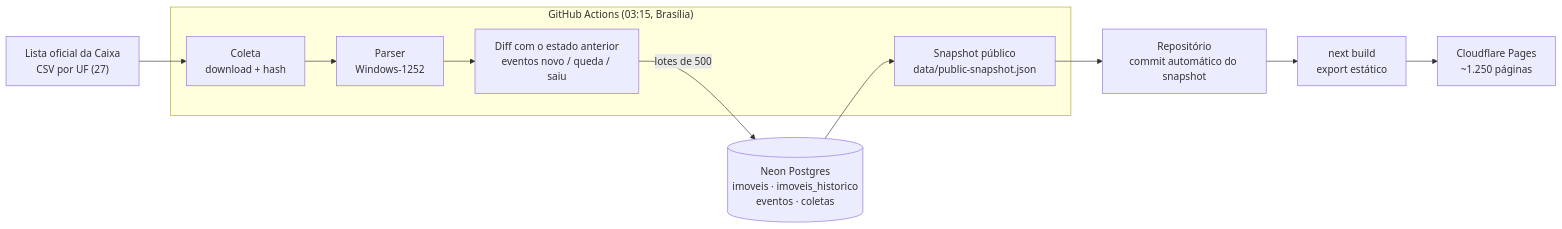
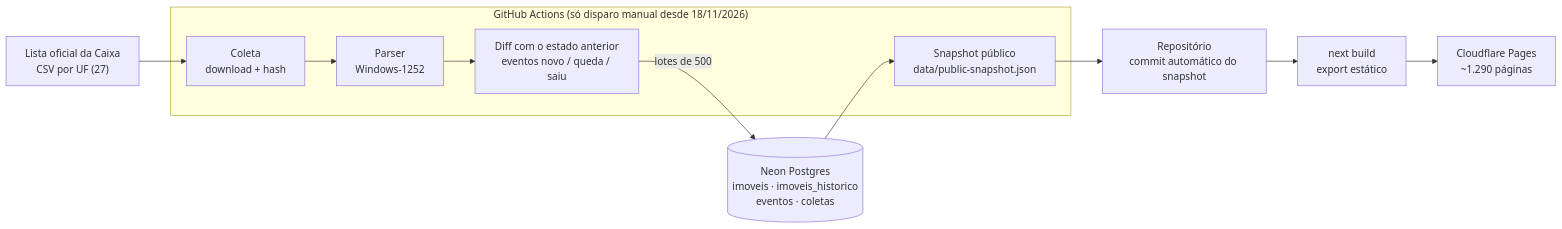
Before and after one commit to tarlisodoria/garimpo-imoveis: the diagram in docs/arquitetura.md, drawn with Mermaid. The commit also changed other lines of this file and 12 other files, not shown here.

````diff
--- a/docs/arquitetura.md
+++ b/docs/arquitetura.md
@@ -7,18 +7,18 @@
 ```mermaid
 flowchart LR
     caixa["Lista oficial da Caixa<br/>CSV por UF (27)"]
-    subgraph actions["GitHub Actions (03:15, Brasília)"]
+    subgraph actions["GitHub Actions (só disparo manual desde 18/11/2026)"]
         coleta["Coleta<br/>download + hash"]
         parser["Parser<br/>Windows-1252"]
         diff["Diff com o estado anterior<br/>eventos novo / queda / saiu"]
         snapshot["Snapshot público<br/>data/public-snapshot.json"]
     end
     neon[("Neon Postgres<br/>imoveis · imoveis_historico<br/>eventos · coletas")]
     repo["Repositório<br/>commit automático do snapshot"]
     build["next build<br/>export estático"]
-    pages["Cloudflare Pages<br/>~1.250 páginas"]
+    pages["Cloudflare Pages<br/>~1.290 páginas"]
 
     caixa --> coleta --> parser --> diff
     diff -->|lotes de 500| neon
     neon --> snapshot --> repo --> build --> pages
 ```
````
